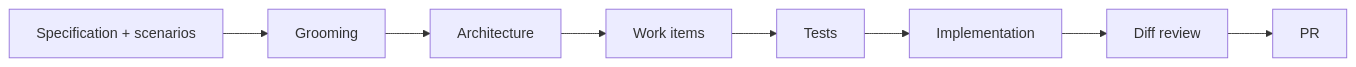
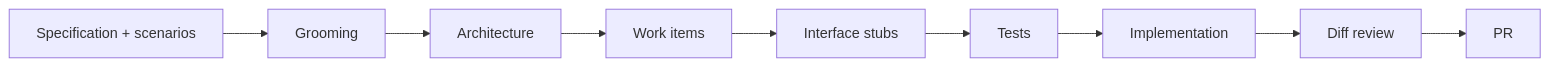
One commit to RLittlesII/agents changed the diagram in .agents/skills/sdd-conventions/SKILL.md. Above: the diagram before and after it, drawn with Mermaid. The commit also changed other lines of this file and 12 other files, not shown here.

First line of the commit message:
fix: give interface stubs an owner between design and tests

````diff
--- a/.agents/skills/sdd-conventions/SKILL.md
+++ b/.agents/skills/sdd-conventions/SKILL.md
@@ -35,10 +35,11 @@
 ```mermaid
 flowchart LR
     Specification[Specification + scenarios] --> Grooming[Grooming]
     Grooming --> Architecture[Architecture]
     Architecture --> Items[Work items]
-    Items --> Tests[Tests]
+    Items --> Stubs[Interface stubs]
+    Stubs --> Tests[Tests]
     Tests --> Implementation[Implementation]
     Implementation --> Review[Diff review]
     Review --> PR[PR]
 ```
````
